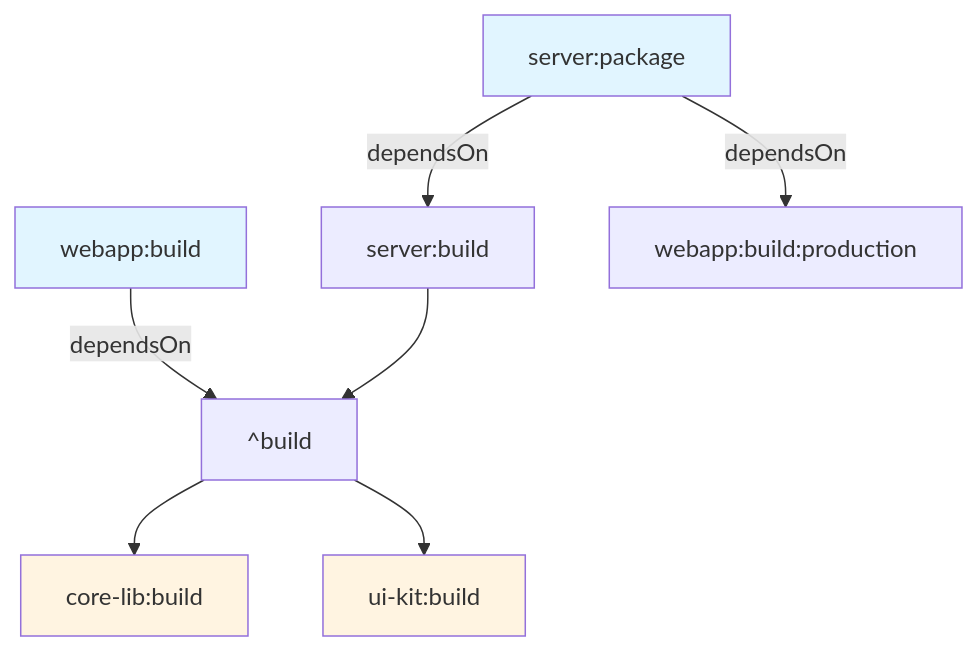
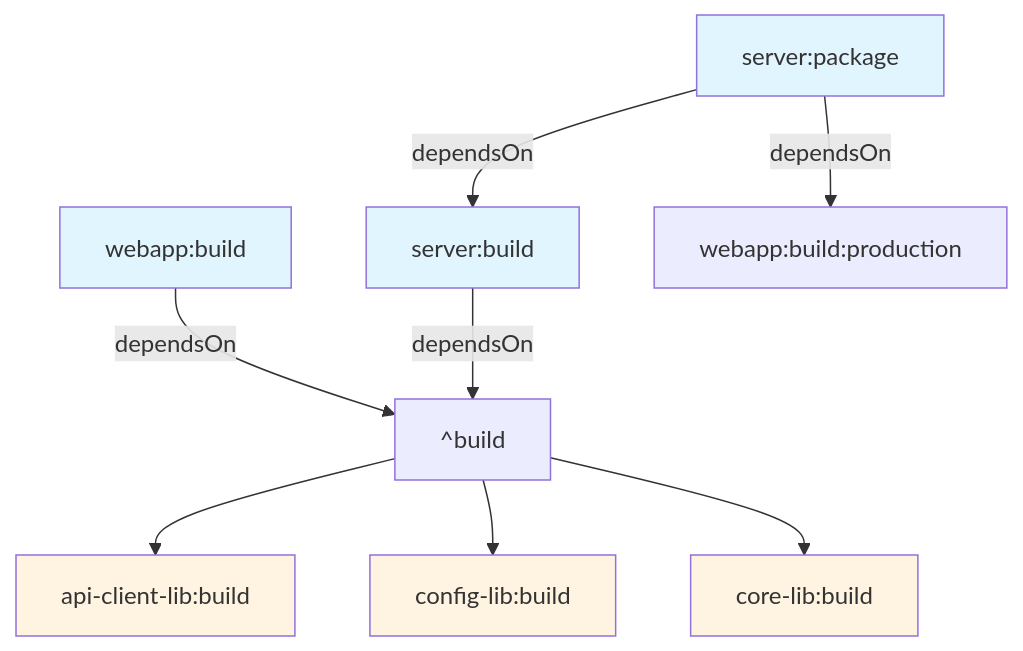
The second of 3 diagrams in docs/nx-monorepo-integration-overview.md (wireapp/wire-webapp), drawn with Mermaid before and after one commit. The commit also changed other lines of this file and 1 other file, not shown here.

````diff
--- a/docs/nx-monorepo-integration-overview.md
+++ b/docs/nx-monorepo-integration-overview.md
@@ -511,15 +559,18 @@
 ```mermaid
 graph TD
     A[webapp:build] -->|dependsOn| B[^build]
-    B --> C[core-lib:build]
-    B --> D[ui-kit:build]
+    B --> C[api-client-lib:build]
+    B --> D[config-lib:build]
+    B --> E[core-lib:build]
 
-    E[server:package] -->|dependsOn| F[server:build]
-    F --> B
-    E -->|dependsOn| G[webapp:build:production]
+    F[server:build] -->|dependsOn| B
+    G[server:package] -->|dependsOn| F
+    G -->|dependsOn| H[webapp:build:production]
 
     style A fill:#e1f5ff
-    style E fill:#e1f5ff
+    style F fill:#e1f5ff
+    style G fill:#e1f5ff
     style C fill:#fff4e1
     style D fill:#fff4e1
+    style E fill:#fff4e1
 ```
````
